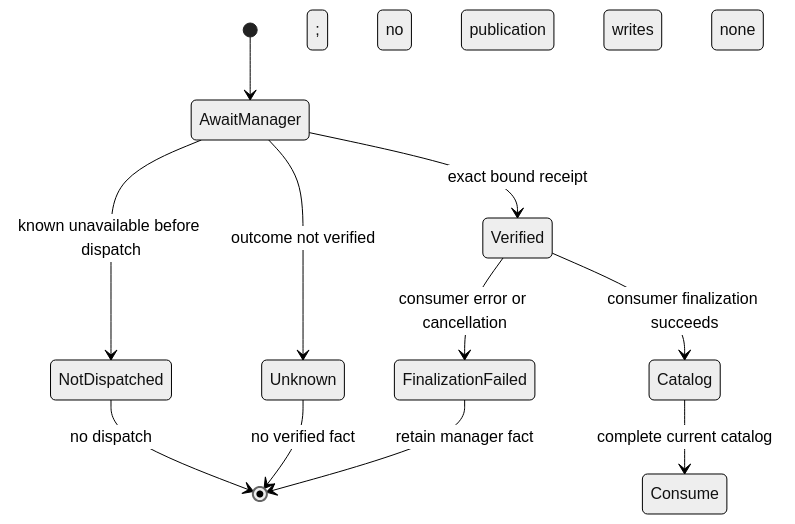
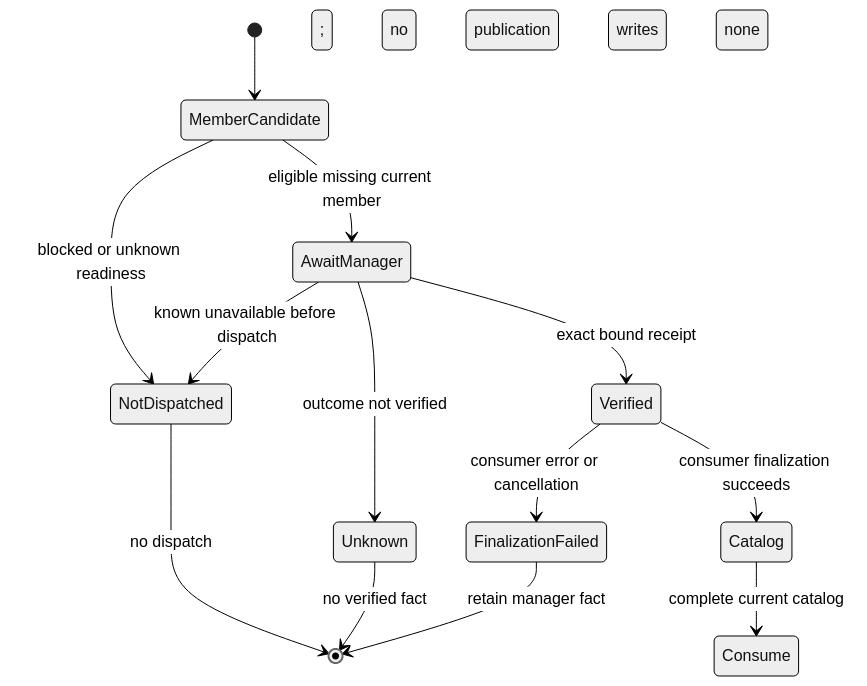
The diagram in .agents/skills/verify-notion-consumer-state/references/contracts.md (yoyooyooo/pi-context-broker), drawn with Mermaid (neutral theme) before and after one commit. The commit also changed other lines of this file and 14 other files, not shown here.

```diff
--- a/.agents/skills/verify-notion-consumer-state/references/contracts.md
+++ b/.agents/skills/verify-notion-consumer-state/references/contracts.md
@@ -57,13 +57,15 @@
 ~~~mermaid
 stateDiagram-v2
-    [*] --> AwaitManager
+    [*] --> MemberCandidate
+    MemberCandidate --> NotDispatched: blocked or unknown readiness
+    MemberCandidate --> AwaitManager: eligible missing current member
     AwaitManager --> NotDispatched: known unavailable before dispatch
     AwaitManager --> Unknown: outcome not verified
     AwaitManager --> Verified: exact bound receipt
     Verified --> FinalizationFailed: consumer error or cancellation
     Verified --> Catalog: consumer finalization succeeds
     Catalog --> Consume: complete current catalog
     FinalizationFailed --> [*]: retain manager fact; no publication
     NotDispatched --> [*]: no dispatch; writes none
     Unknown --> [*]: no verified fact
 ~~~
```
